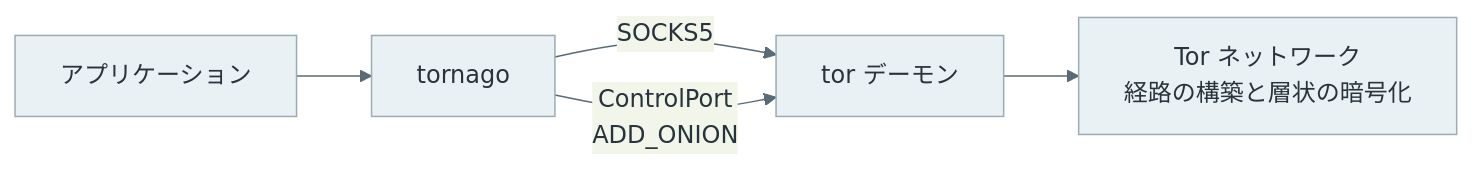
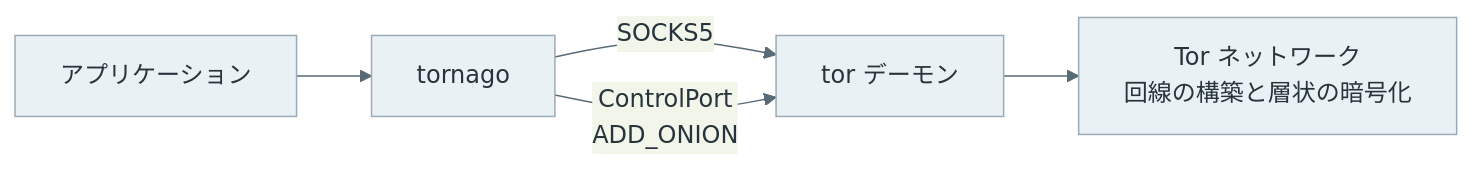
Before and after one commit to nao1215/debimate: the seventh of 7 diagrams in content/notes/security/tor/index.md, drawn with Mermaid. The commit also changed other lines of this file and 27 other files, not shown here.

````diff
--- a/content/notes/security/tor/index.md
+++ b/content/notes/security/tor/index.md
@@ -304,9 +304,9 @@
 ```mermaid
 %%{init: {"theme":"base","themeVariables":{"primaryColor":"#eaf1f5","primaryTextColor":"#28343b","primaryBorderColor":"#9cabb5","lineColor":"#596b76","textColor":"#28343b","actorBkg":"#eaf1f5","actorBorder":"#9cabb5","actorTextColor":"#28343b","actorLineColor":"#9cabb5","signalColor":"#596b76","signalTextColor":"#28343b","noteBkgColor":"#f7f1e5","noteBorderColor":"#c5b99b","noteTextColor":"#403c32","activationBkgColor":"#edf3ef","activationBorderColor":"#9aafa1"}}}%%
 flowchart LR
     A["アプリケーション"] --> T["tornago"]
     T -- "SOCKS5" --> D["tor デーモン"]
     T -- "ControlPort<br/>ADD_ONION" --> D
-    D --> N["Tor ネットワーク<br/>経路の構築と層状の暗号化"]
+    D --> N["Tor ネットワーク<br/>回線の構築と層状の暗号化"]
     classDef default fill:#eaf1f5,stroke:#9cabb5,color:#28343b;
 ```
````
